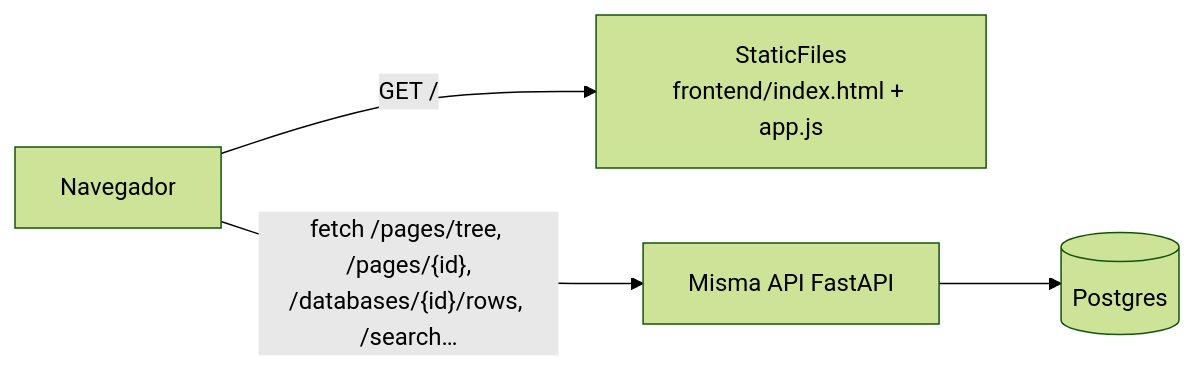
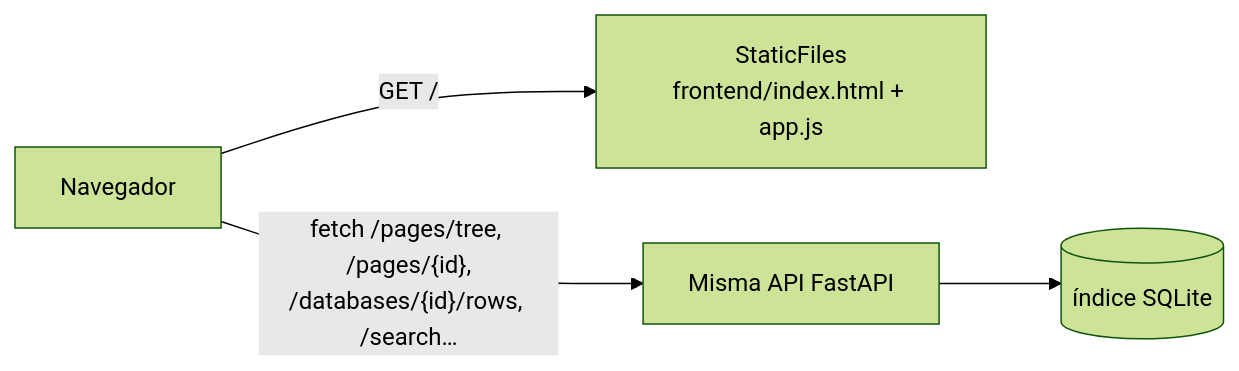
Before and after one commit to joaquinrodfer/MyDamnManagement: the eighth of 9 diagrams in docs/ARCHITECTURE.md, drawn with Mermaid (forest theme). The commit also changed other lines of this file and 2 other files, not shown here.

First line of the commit message:
docs: ADR del índice SQLite y arranque sin Postgres

````diff
--- a/docs/ARCHITECTURE.md
+++ b/docs/ARCHITECTURE.md
@@ -179,6 +189,6 @@
 ```mermaid
 graph LR
     B["Navegador"] -->|"GET /"| S["StaticFiles<br/>frontend/index.html + app.js"]
     B -->|"fetch /pages/tree, /pages/{id},<br/>/databases/{id}/rows, /search…"| API["Misma API FastAPI"]
-    API --> DB[(Postgres)]
+    API --> DB[(índice SQLite)]
 ```
````
